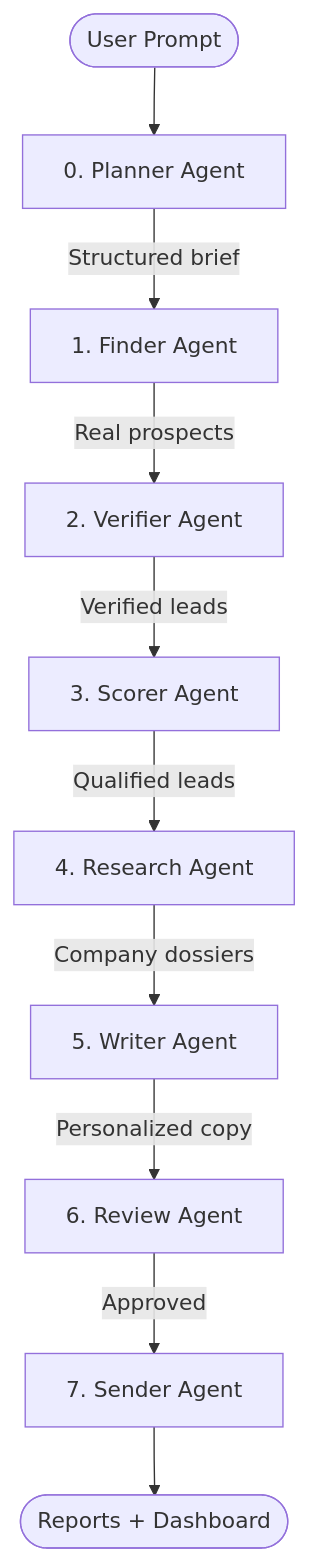
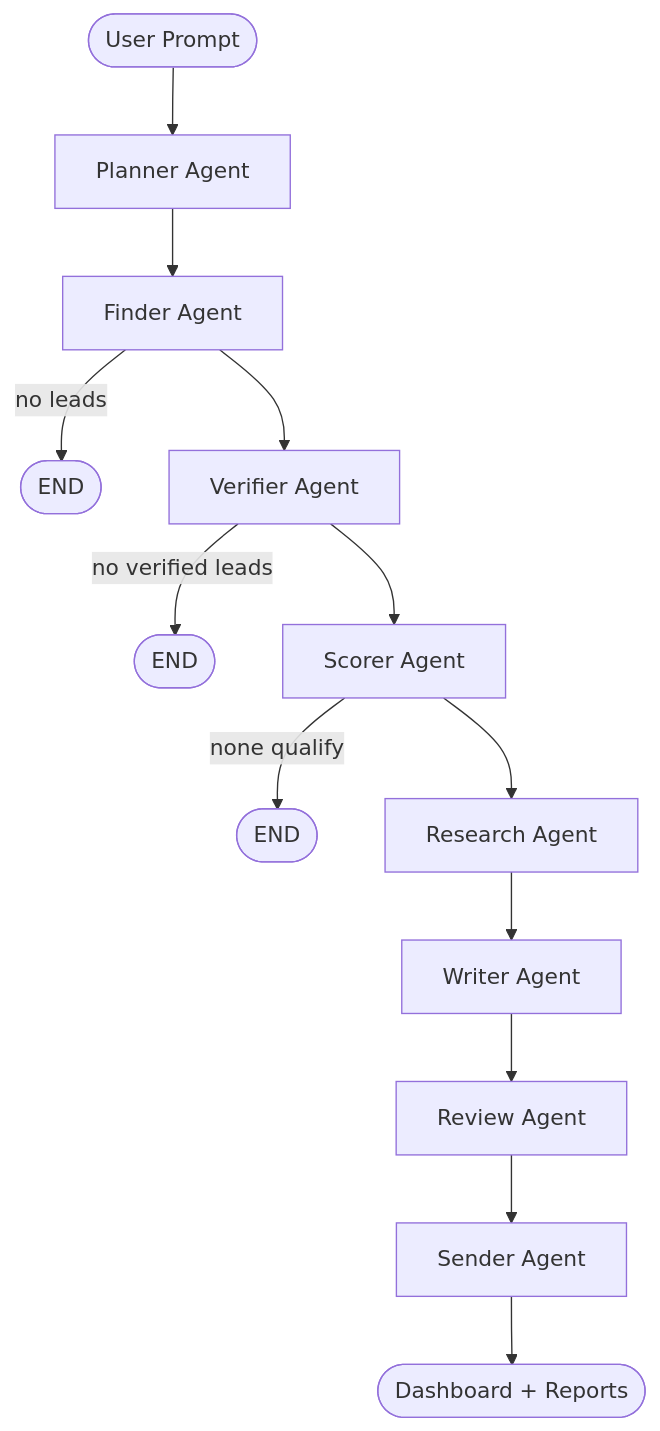
Before and after one commit to ShaheerZamanShah/leadGenerationAgent: the diagram in README.md, drawn with Mermaid. The commit also changed other lines of this file and 6 other files, not shown here.

````diff
--- a/README.md
+++ b/README.md
@@ -21,12 +47,15 @@
 ```mermaid
 graph TD
-    Start([User Prompt]) --> Planner[0. Planner Agent]
-    Planner -->|Structured brief| Finder[1. Finder Agent]
-    Finder -->|Real prospects| Verifier[2. Verifier Agent]
-    Verifier -->|Verified leads| Scorer[3. Scorer Agent]
-    Scorer -->|Qualified leads| Research[4. Research Agent]
-    Research -->|Company dossiers| Writer[5. Writer Agent]
-    Writer -->|Personalized copy| Review[6. Review Agent]
-    Review -->|Approved| Sender[7. Sender Agent]
-    Sender --> End([Reports + Dashboard])
+    Start([User Prompt]) --> Planner[Planner Agent]
+    Planner --> Finder[Finder Agent]
+    Finder -->|no leads| End1([END])
+    Finder --> Verifier[Verifier Agent]
+    Verifier -->|no verified leads| End2([END])
+    Verifier --> Scorer[Scorer Agent]
+    Scorer -->|none qualify| End3([END])
+    Scorer --> Research[Research Agent]
+    Research --> Writer[Writer Agent]
+    Writer --> Review[Review Agent]
+    Review --> Sender[Sender Agent]
+    Sender --> End4([Dashboard + Reports])
 ```
````
